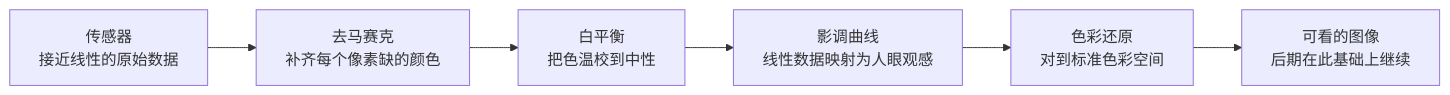
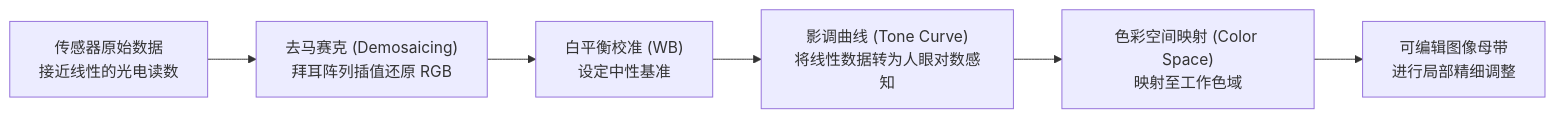
The diagram in docs/13-postprocess.md (yingwang/photography-book), drawn with Mermaid before and after one commit. The commit also changed other lines of this file and 16 other files, not shown here.

````diff
--- a/docs/13-postprocess.md
+++ b/docs/13-postprocess.md
@@ -77,8 +72,8 @@
 ```mermaid
 graph LR
-    A["传感器<br/>接近线性的原始数据"] --> B["去马赛克<br/>补齐每个像素缺的颜色"]
-    B --> C["白平衡<br/>把色温校到中性"]
-    C --> D["影调曲线<br/>线性数据映射为人眼观感"]
-    D --> E["色彩还原<br/>对到标准色彩空间"]
-    E --> F["可看的图像<br/>后期在此基础上继续"]
+    A["传感器原始数据<br/>接近线性的光电读数"] --> B["去马赛克 (Demosaicing)<br/>拜耳阵列插值还原 RGB"]
+    B --> C["白平衡校准 (WB)<br/>设定中性基准"]
+    C --> D["影调曲线 (Tone Curve)<br/>将线性数据转为人眼对数感知"]
+    D --> E["色彩空间映射 (Color Space)<br/>映射至工作色域"]
+    E --> F["可编辑图像母带<br/>进行局部精细调整"]
 ```
````
